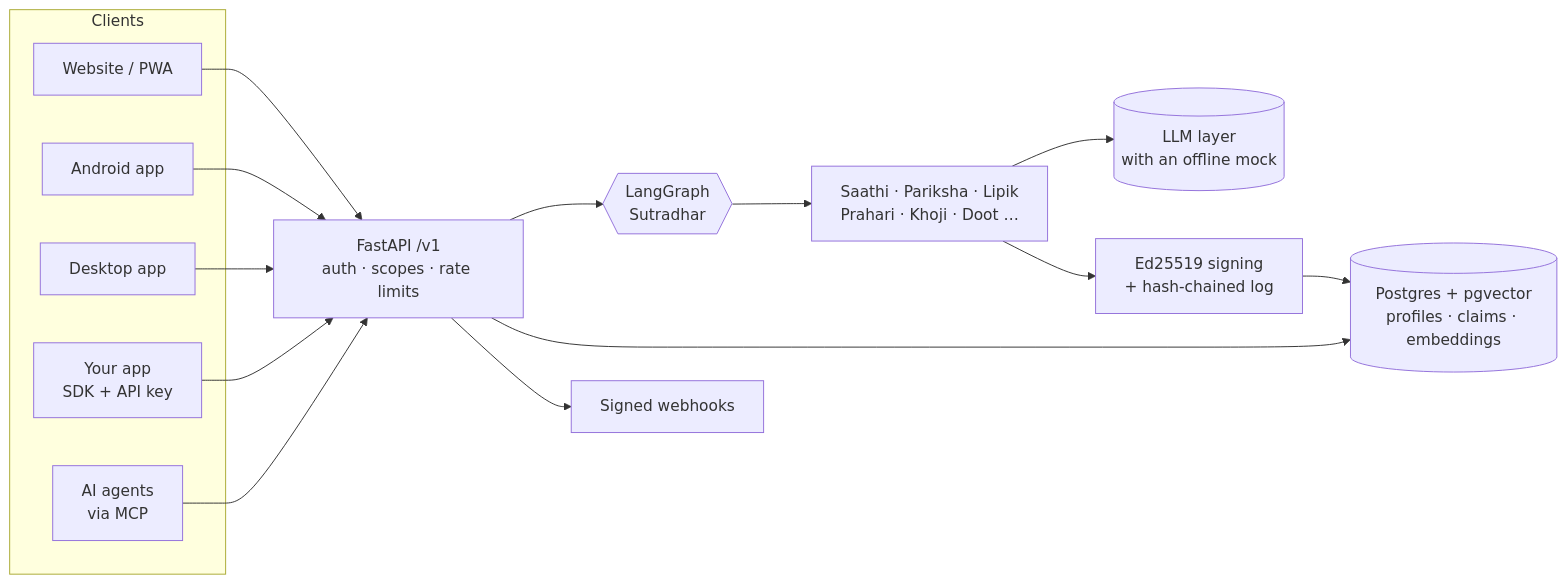
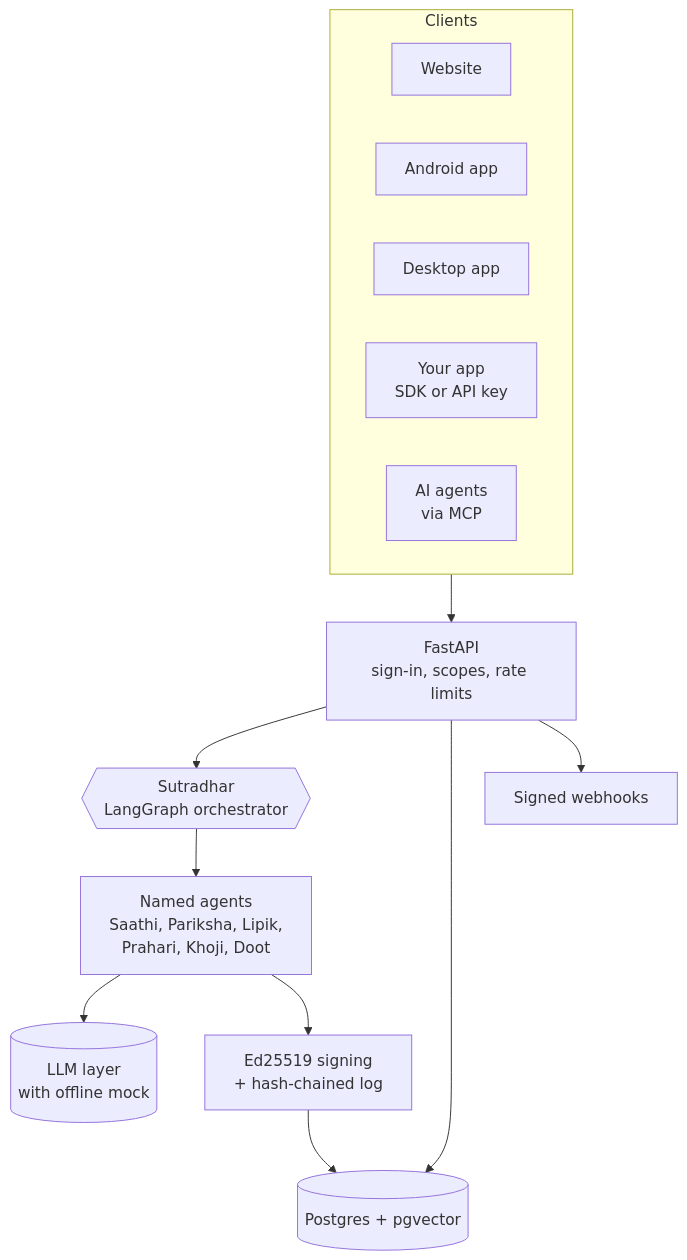
One commit to theanarchist123/Pramaan changed the diagram in README.md. Above: the diagram before and after it, drawn with Mermaid. The commit also changed other lines of this file and 3 other files, not shown here.

First line of the commit message:
README redesign: animated banner, custom diagrams, labelled stack

````diff
--- a/README.md
+++ b/README.md
@@ -156,19 +123,19 @@
 ```mermaid
-flowchart LR
-  subgraph Clients
-    W[Website / PWA]
+flowchart TB
+  subgraph C[" Clients "]
+    direction LR
+    W[Website]
     P[Android app]
     D[Desktop app]
-    X[Your app<br/>SDK + API key]
+    X[Your app<br/>SDK or API key]
     M[AI agents<br/>via MCP]
   end
-  W & P & D & X & M --> API[FastAPI /v1<br/>auth · scopes · rate limits]
-
-  API --> ORCH{{LangGraph<br/>Sutradhar}}
-  ORCH --> AG[Saathi · Pariksha · Lipik<br/>Prahari · Khoji · Doot …]
-  AG --> LLM[(LLM layer<br/>with an offline mock)]
-
-  API --> DB[(Postgres + pgvector<br/>profiles · claims · embeddings)]
-  AG --> SIGN[Ed25519 signing<br/>+ hash-chained log] --> DB
+  C --> API[FastAPI<br/>sign-in, scopes, rate limits]
+  API --> ORCH{{Sutradhar<br/>LangGraph orchestrator}}
+  ORCH --> AG[Named agents<br/>Saathi, Pariksha, Lipik,<br/>Prahari, Khoji, Doot]
+  AG --> LLM[(LLM layer<br/>with offline mock)]
+  API --> DB[(Postgres + pgvector)]
+  AG --> SIGN[Ed25519 signing<br/>+ hash-chained log]
+  SIGN --> DB
   API --> WH[Signed webhooks]
 ```
````
